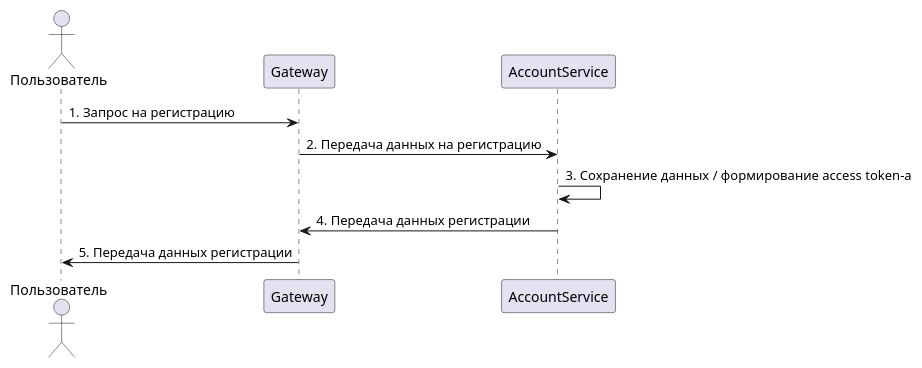
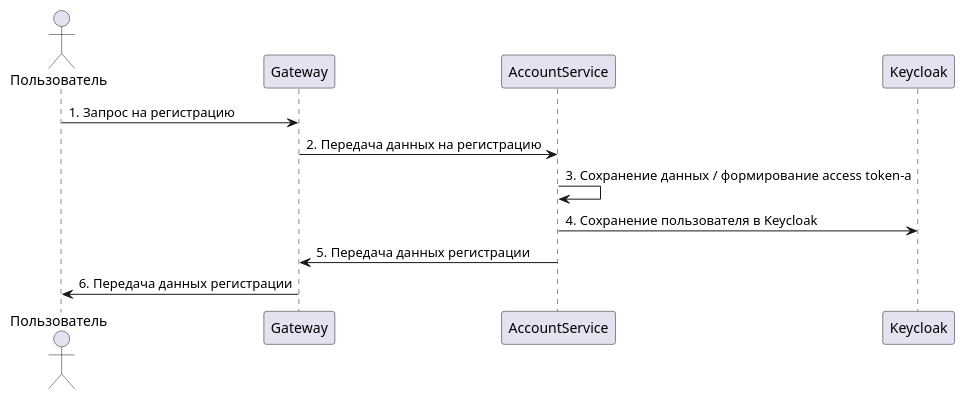
The diagram in documentation/sequence-diagrams/RegistrationOfUser.puml (Jb192101/BookStatistic-Web), drawn with PlantUML before and after one commit. The commit also changed 16 other files, not shown here.

```diff
--- a/documentation/sequence-diagrams/RegistrationOfUser.puml
+++ b/documentation/sequence-diagrams/RegistrationOfUser.puml
@@ -1,13 +1,15 @@
 @startuml
 
 actor Пользователь as user
 participant Gateway as gateway
 participant AccountService as accountService
+participant Keycloak as keycloak
 
 user -> gateway : 1. Запрос на регистрацию
 gateway -> accountService : 2. Передача данных на регистрацию
 accountService -> accountService : 3. Сохранение данных / формирование access token-а
-accountService -> gateway : 4. Передача данных регистрации
-gateway -> user : 5. Передача данных регистрации
+accountService -> keycloak : 4. Сохранение пользователя в Keycloak
+accountService -> gateway : 5. Передача данных регистрации
+gateway -> user : 6. Передача данных регистрации
 
 @enduml
```
